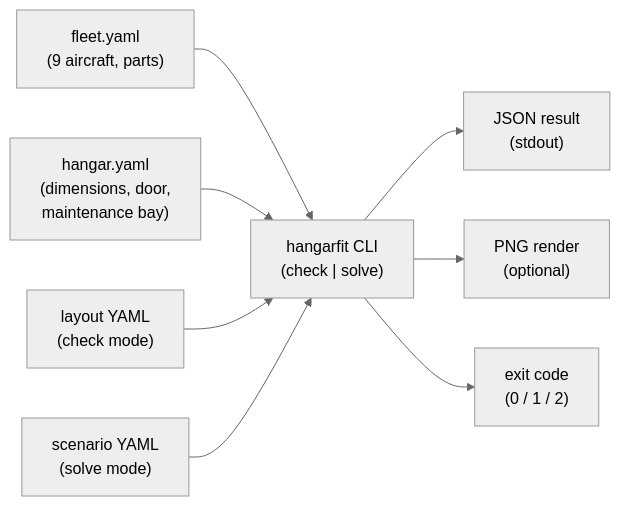
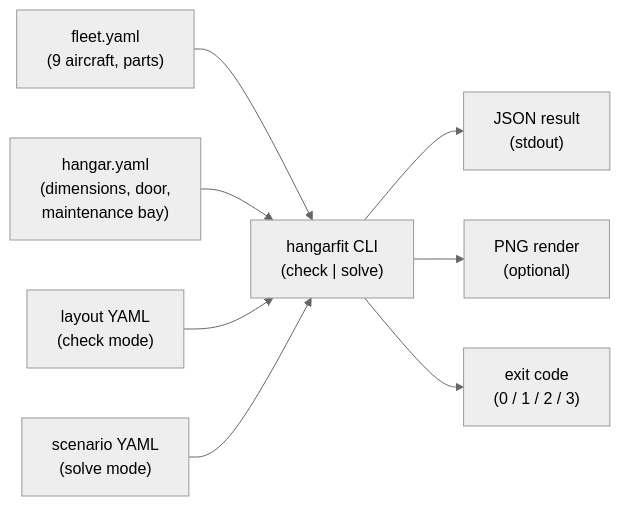
Before and after one commit to DocGerd/hangarfit: the diagram in docs/architecture/03-context-and-scope.md, drawn with Mermaid (neutral theme). The commit also changed other lines of this file and 5 other files, not shown here.

````diff
--- a/docs/architecture/03-context-and-scope.md
+++ b/docs/architecture/03-context-and-scope.md
@@ -20,22 +20,22 @@
 ```mermaid
 flowchart LR
     yaml_fleet["fleet.yaml<br/>(9 aircraft, parts)"]
     yaml_hangar["hangar.yaml<br/>(dimensions, door,<br/>maintenance bay)"]
     yaml_layout["layout YAML<br/>(check mode)"]
     yaml_scenario["scenario YAML<br/>(solve mode)"]
 
     cli["hangarfit CLI<br/>(check | solve)"]
 
     json["JSON result<br/>(stdout)"]
     png["PNG render<br/>(optional)"]
-    exitcode["exit code<br/>(0 / 1 / 2)"]
+    exitcode["exit code<br/>(0 / 1 / 2 / 3)"]
 
     yaml_fleet --> cli
     yaml_hangar --> cli
     yaml_layout --> cli
     yaml_scenario --> cli
 
     cli --> json
     cli --> png
     cli --> exitcode
 ```
````
